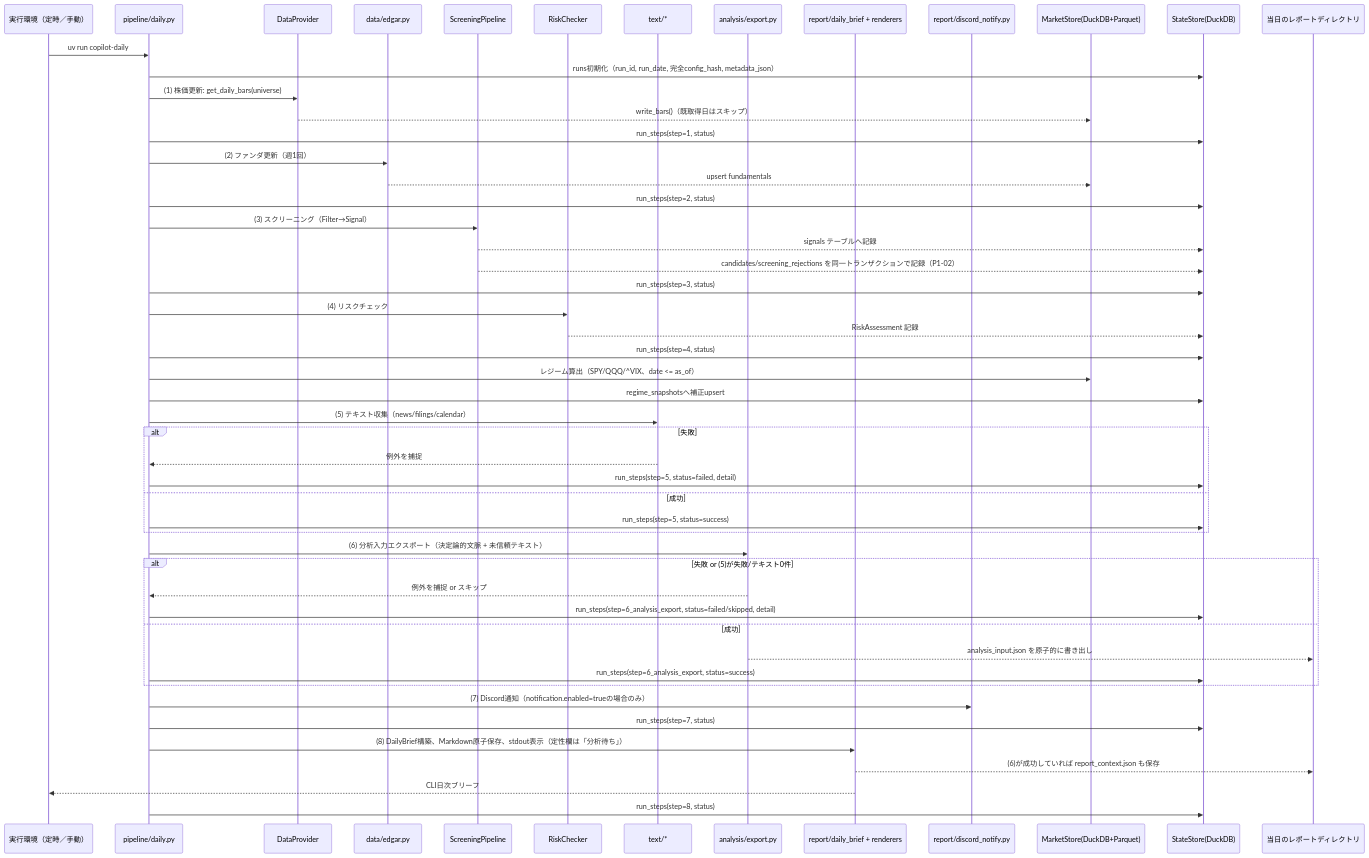
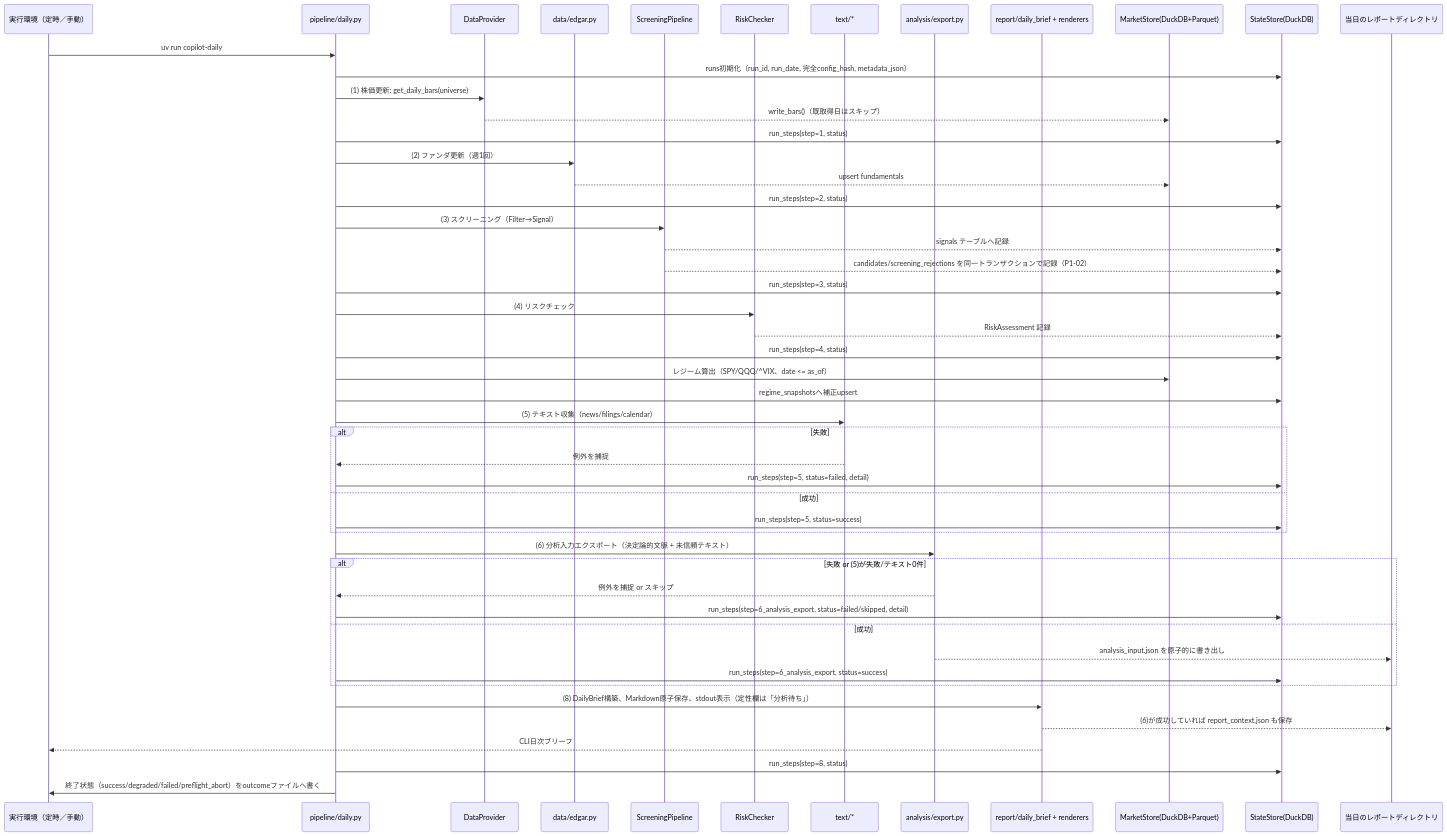
Before and after one commit to tomada1114/swing-copilot: the second of 3 diagrams in docs/03_basic_design.md, drawn with Mermaid. The commit also changed other lines of this file and 18 other files, not shown here.

First line of the commit message:
feat(notify): 定性 verdict 確定後の1日1通の Discord 通知へ移す (#390)

````diff
--- a/docs/03_basic_design.md
+++ b/docs/03_basic_design.md
@@ -172,64 +180,61 @@
 ```mermaid
 sequenceDiagram
     participant Local as 実行環境（定時／手動）
     participant D as pipeline/daily.py
     participant DP as DataProvider
     participant EDG as data/edgar.py
     participant SCR as ScreeningPipeline
     participant RC as RiskChecker
     participant TXT as text/*
     participant EXP as analysis/export.py
     participant OUT as report/daily_brief + renderers
-    participant DC as report/discord_notify.py
     participant MS as MarketStore(DuckDB+Parquet)
     participant ST as StateStore(DuckDB)
     participant FS as 当日のレポートディレクトリ
 
     Local->>D: uv run copilot-daily
     D->>ST: runs初期化（run_id, run_date, 完全config_hash, metadata_json）
 
     D->>DP: (1) 株価更新: get_daily_bars(universe)
     DP-->>MS: write_bars()（既取得日はスキップ）
     D->>ST: run_steps(step=1, status)
 
     D->>EDG: (2) ファンダ更新（週1回）
     EDG-->>MS: upsert fundamentals
     D->>ST: run_steps(step=2, status)
 
     D->>SCR: (3) スクリーニング（Filter→Signal）
     SCR-->>ST: signals テーブルへ記録
     SCR-->>ST: candidates/screening_rejections を同一トランザクションで記録（P1-02）
     D->>ST: run_steps(step=3, status)
 
     D->>RC: (4) リスクチェック
     RC-->>ST: RiskAssessment 記録
     D->>ST: run_steps(step=4, status)
 
     D->>MS: レジーム算出（SPY/QQQ/^VIX、date <= as_of）
     D->>ST: regime_snapshotsへ補正upsert
 
     D->>TXT: (5) テキスト収集（news/filings/calendar）
     alt 失敗
         TXT-->>D: 例外を捕捉
         D->>ST: run_steps(step=5, status=failed, detail)
     else 成功
         D->>ST: run_steps(step=5, status=success)
     end
 
     D->>EXP: (6) 分析入力エクスポート（決定論的文脈 + 未信頼テキスト）
     alt 失敗 or (5)が失敗/テキスト0件
         EXP-->>D: 例外を捕捉 or スキップ
         D->>ST: run_steps(step=6_analysis_export, status=failed/skipped, detail)
     else 成功
         EXP-->>FS: analysis_input.json を原子的に書き出し
         D->>ST: run_steps(step=6_analysis_export, status=success)
     end
 
-    D->>DC: (7) Discord通知（notification.enabled=trueの場合のみ）
-    D->>ST: run_steps(step=7, status)
-
     D->>OUT: (8) DailyBrief構築、Markdown原子保存、stdout表示（定性欄は「分析待ち」）
     OUT-->>FS: (6)が成功していれば report_context.json も保存
     OUT-->>Local: CLI日次ブリーフ
     D->>ST: run_steps(step=8, status)
+    D->>Local: 終了状態（success/degraded/failed/preflight_abort）をoutcomeファイルへ書く
 ```
````
